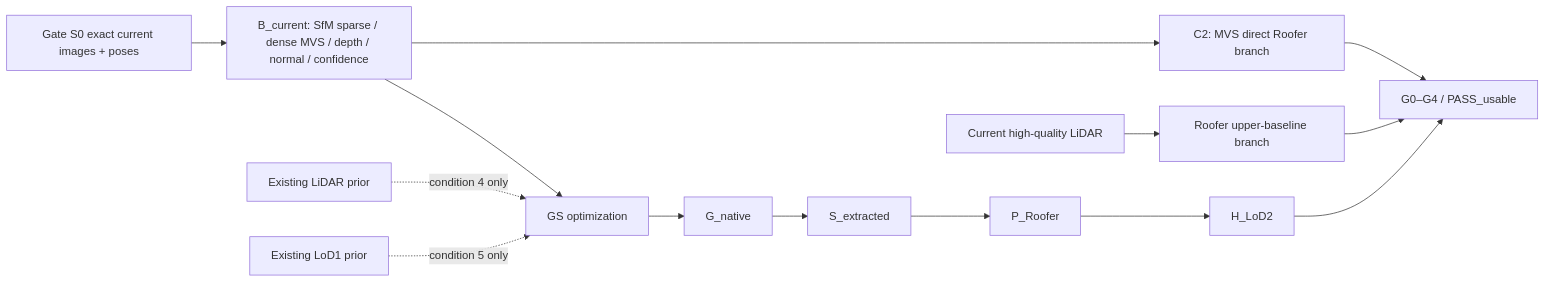
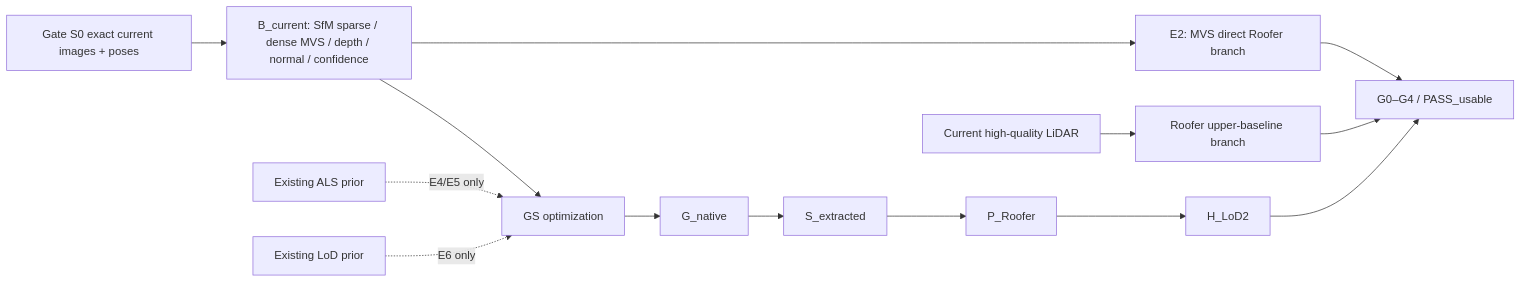
The diagram in docs/research/00_RESEARCH_CHARTER.md (hwiyoung/JointBuildGS), drawn with Mermaid before and after one commit. The commit also changed other lines of this file and 8 other files, not shown here.

````diff
--- a/docs/research/00_RESEARCH_CHARTER.md
+++ b/docs/research/00_RESEARCH_CHARTER.md
@@ -91,16 +105,16 @@
 ```mermaid
 flowchart LR
     I["Gate S0 exact current images + poses"] --> B["B_current: SfM sparse / dense MVS / depth / normal / confidence"]
     B --> G["GS optimization"]
-    PL["Existing LiDAR prior"] -. "condition 4 only" .-> G
-    P1["Existing LoD1 prior"] -. "condition 5 only" .-> G
+    PL["Existing ALS prior"] -. "E4/E5 only" .-> G
+    P1["Existing LoD prior"] -. "E6 only" .-> G
     G --> GN["G_native"]
     GN --> SX["S_extracted"]
     SX --> PR["P_Roofer"]
     PR --> HL["H_LoD2"]
     HL --> A["G0–G4 / PASS_usable"]
     LU["Current high-quality LiDAR"] --> RU["Roofer upper-baseline branch"]
-    B --> RM["C2: MVS direct Roofer branch"]
+    B --> RM["E2: MVS direct Roofer branch"]
     RU --> A
     RM --> A
 ```
````
